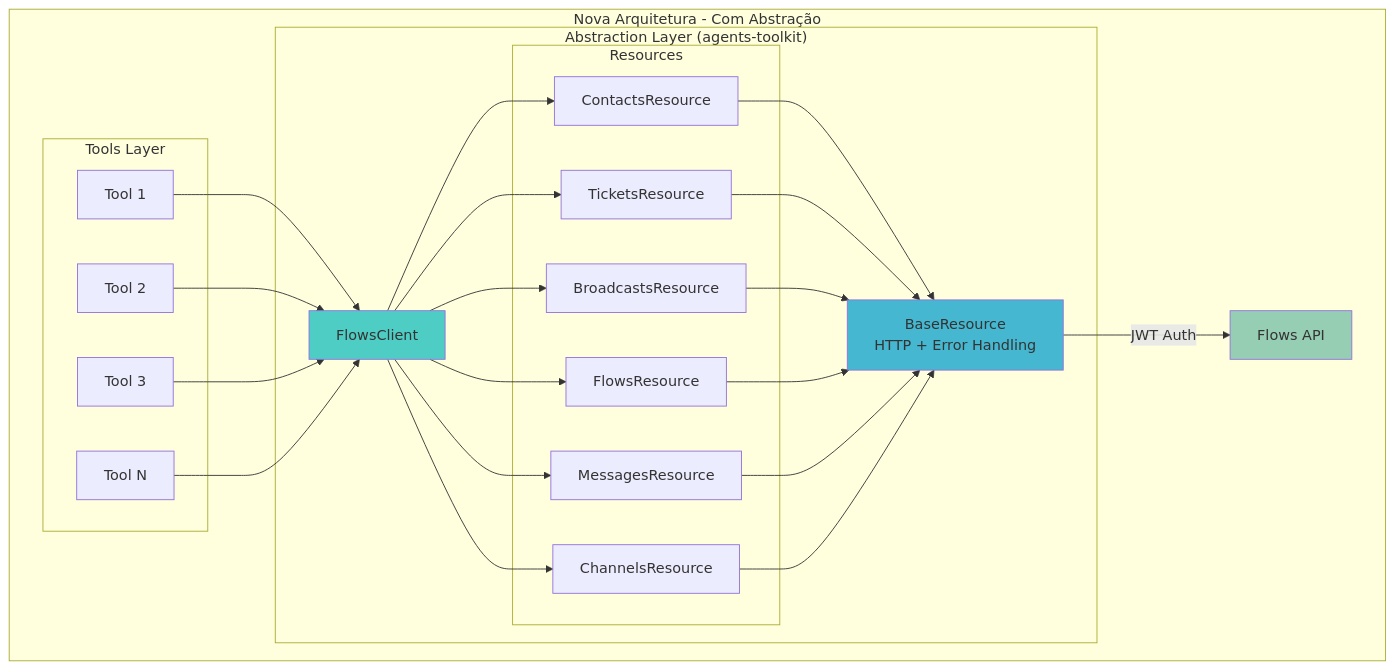
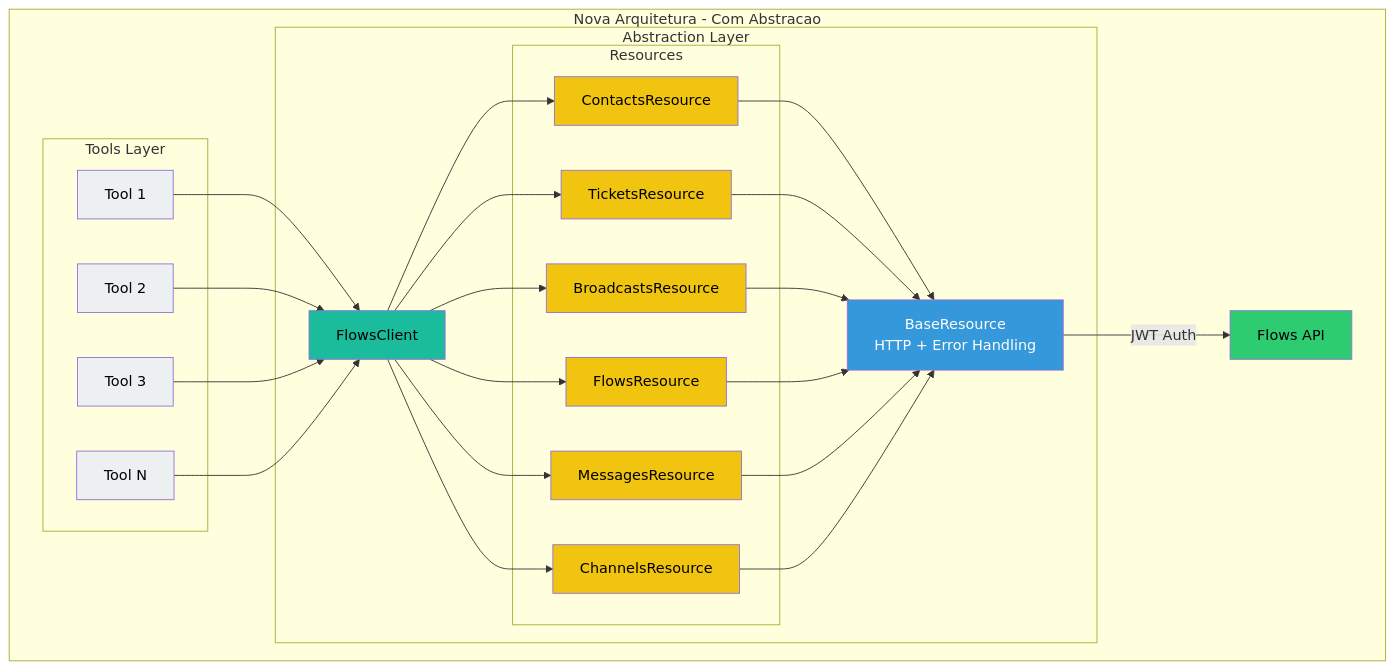
Before and after one commit to weni-ai/agents-toolkit: the second of 10 diagrams in docs/architecture/flows-integration-proposal.md, drawn with Mermaid. The commit also changed other lines of this file, not shown here.

````diff
--- a/docs/architecture/flows-integration-proposal.md
+++ b/docs/architecture/flows-integration-proposal.md
@@ -44,51 +45,61 @@
 ```mermaid
 flowchart TB
-    subgraph "Nova Arquitetura - Com Abstração"
+    subgraph "Nova Arquitetura - Com Abstracao"
         subgraph "Tools Layer"
             T1[Tool 1]
             T2[Tool 2]
             T3[Tool 3]
             T4[Tool N]
         end
         
-        subgraph "Abstraction Layer (agents-toolkit)"
+        subgraph "Abstraction Layer"
             FC[FlowsClient]
             
             subgraph "Resources"
                 CR[ContactsResource]
                 TR[TicketsResource]
                 BR[BroadcastsResource]
                 FR[FlowsResource]
                 MR[MessagesResource]
                 CHR[ChannelsResource]
             end
             
             BASE[BaseResource<br/>HTTP + Error Handling]
         end
         
         T1 --> FC
         T2 --> FC
         T3 --> FC
         T4 --> FC
         
         FC --> CR
         FC --> TR
         FC --> BR
         FC --> FR
         FC --> MR
         FC --> CHR
         
         CR --> BASE
         TR --> BASE
         BR --> BASE
         FR --> BASE
         MR --> BASE
         CHR --> BASE
         
         BASE --> |"JWT Auth"| FLOWS[Flows API]
     end
     
-    style FC fill:#4ecdc4
-    style BASE fill:#45b7d1
-    style FLOWS fill:#96ceb4
+    style FC fill:#1abc9c,color:#000
+    style BASE fill:#3498db,color:#fff
+    style FLOWS fill:#2ecc71,color:#000
+    style T1 fill:#ecf0f1,color:#000
+    style T2 fill:#ecf0f1,color:#000
+    style T3 fill:#ecf0f1,color:#000
+    style T4 fill:#ecf0f1,color:#000
+    style CR fill:#f1c40f,color:#000
+    style TR fill:#f1c40f,color:#000
+    style BR fill:#f1c40f,color:#000
+    style FR fill:#f1c40f,color:#000
+    style MR fill:#f1c40f,color:#000
+    style CHR fill:#f1c40f,color:#000
 ```
````
